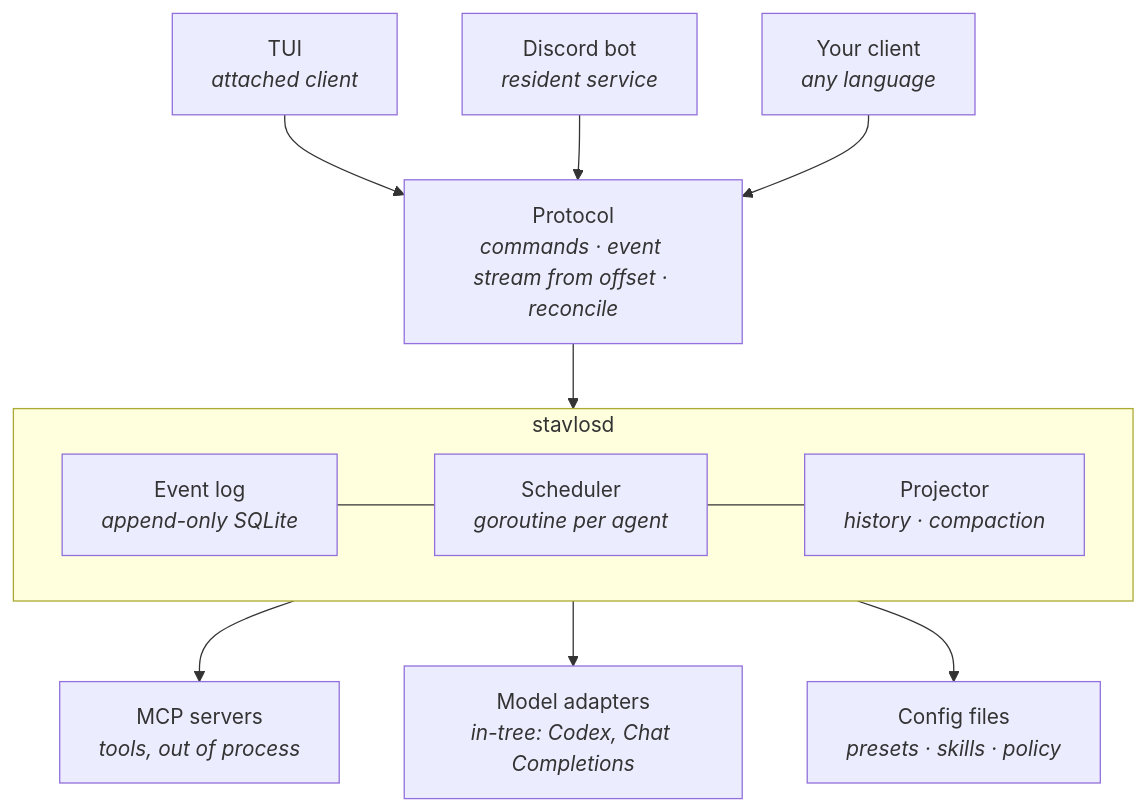
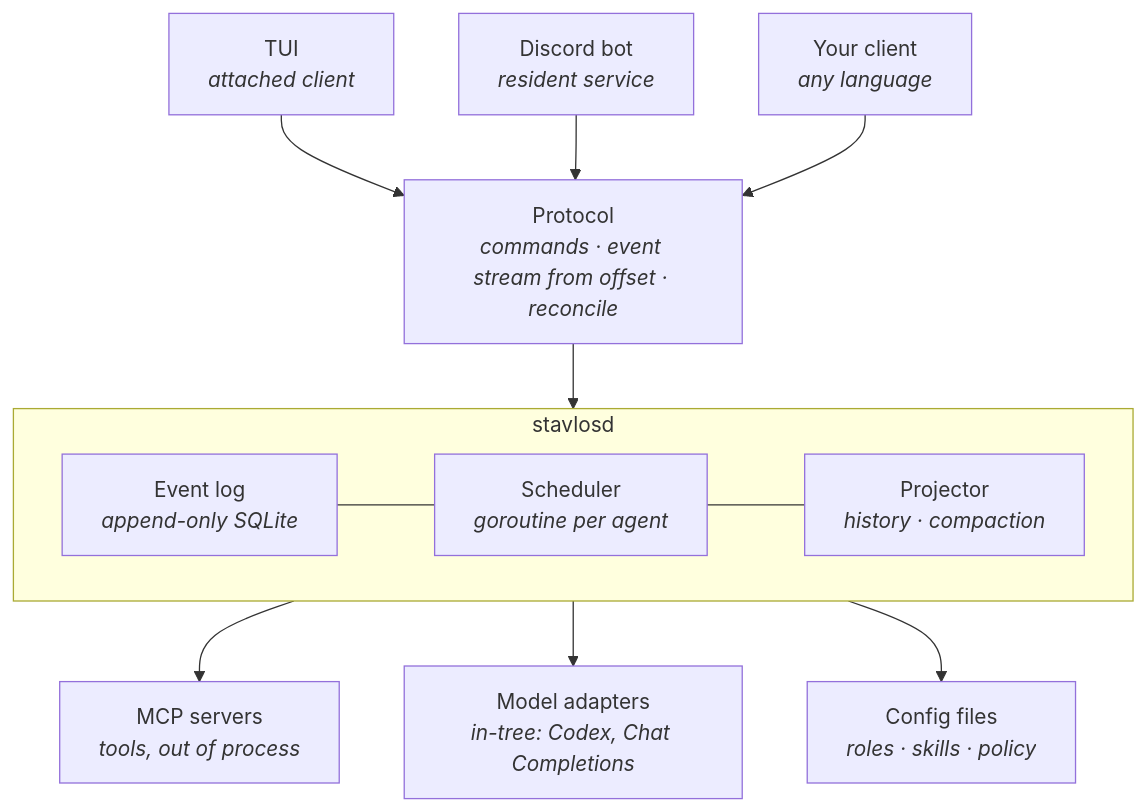
Before and after one commit to nicodes/stavlos: the first of 4 diagrams in docs/stavlos-prd.md, drawn with Mermaid. The commit also changed other lines of this file and 37 other files, not shown here.

````diff
--- a/docs/stavlos-prd.md
+++ b/docs/stavlos-prd.md
@@ -52,25 +52,25 @@
 ```mermaid
 flowchart TD
     TUI["TUI<br/><i>attached client</i>"]
     DISCORD["Discord bot<br/><i>resident service</i>"]
     OTHER["Your client<br/><i>any language</i>"]
 
     PROTO["Protocol<br/><i>commands · event stream from offset · reconcile</i>"]
 
     TUI --> PROTO
     DISCORD --> PROTO
     OTHER --> PROTO
     PROTO --> LOG
 
     subgraph DAEMON["stavlosd"]
         direction LR
         LOG["Event log<br/><i>append-only SQLite</i>"]
         SCHED["Scheduler<br/><i>goroutine per agent</i>"]
         PROJ["Projector<br/><i>history · compaction</i>"]
         LOG --- SCHED --- PROJ
     end
 
     DAEMON --> MCP["MCP servers<br/><i>tools, out of process</i>"]
     DAEMON --> PLUG["Model adapters<br/><i>in-tree: Codex, Chat Completions</i>"]
-    DAEMON --> CFG["Config files<br/><i>presets · skills · policy</i>"]
+    DAEMON --> CFG["Config files<br/><i>roles · skills · policy</i>"]
 ```
````
